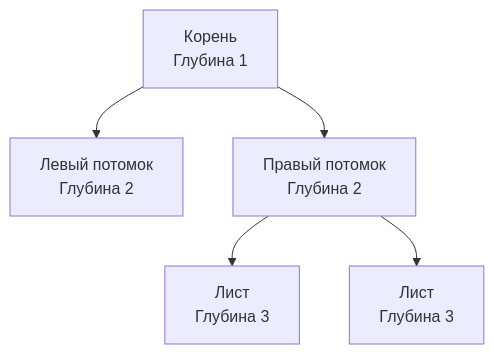
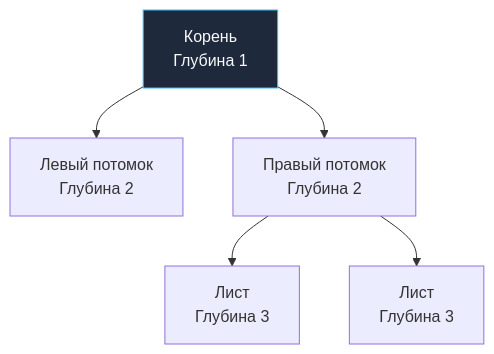
One commit to UnrealTemplier/go-textbook changed the diagram in sources/21. Задачи с LeetCode и собеседований на Go/02. Задачи/13. Деревья/3. Maximum Depth of Binary Tree.md. Above: the diagram before and after it, drawn with Mermaid. The commit also changed 1666 other files, not shown here.

First line of the commit message:
feat(mermaid): add semantic color classDef to 1369 colorless flowchart/graph diagrams

````diff
--- a/sources/21. Задачи с LeetCode и собеседований на Go/02. Задачи/13. Деревья/3. Maximum Depth of Binary Tree.md
+++ b/sources/21. Задачи с LeetCode и собеседований на Go/02. Задачи/13. Деревья/3. Maximum Depth of Binary Tree.md
@@ -96,7 +96,17 @@
 ```mermaid
 graph TD
-    A["Корень<br>Глубина 1"] --> B["Левый потомок<br>Глубина 2"]
+    classDef process  fill:#1e293b,stroke:#38bdf8,stroke-width:1px,color:#f8fafc
+    classDef success  fill:#064e3b,stroke:#34d399,stroke-width:1px,color:#f8fafc
+    classDef error    fill:#7f1d1d,stroke:#f87171,stroke-width:1px,color:#f8fafc
+    classDef warning  fill:#78350f,stroke:#fbbf24,stroke-width:1px,color:#f8fafc
+    classDef entry    fill:#1e3a5f,stroke:#38bdf8,stroke-width:2px,color:#f8fafc
+    classDef aux      fill:#334155,stroke:#64748b,stroke-width:1px,color:#f8fafc
+    classDef system   fill:#312e81,stroke:#a78bfa,stroke-width:1px,color:#f8fafc
+    classDef data     fill:#132d29,stroke:#2dd4bf,stroke-width:1px,color:#f8fafc
+    classDef network  fill:#881337,stroke:#fb7185,stroke-width:1px,color:#f8fafc
+    classDef accent   fill:#1e1b4b,stroke:#818cf8,stroke-width:1px,color:#f8fafc
+    A["Корень<br>Глубина 1"]:::process --> B["Левый потомок<br>Глубина 2"]
     A --> C["Правый потомок<br>Глубина 2"]
     C --> D["Лист<br>Глубина 3"]
     C --> E["Лист<br>Глубина 3"]
 ```
````
